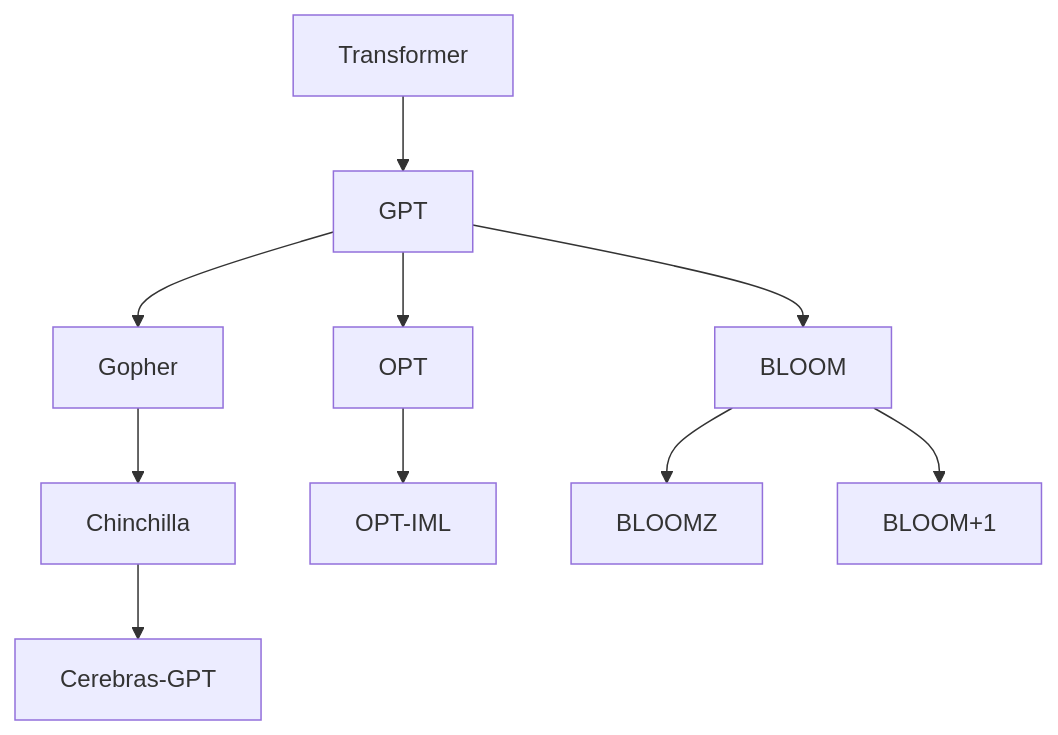
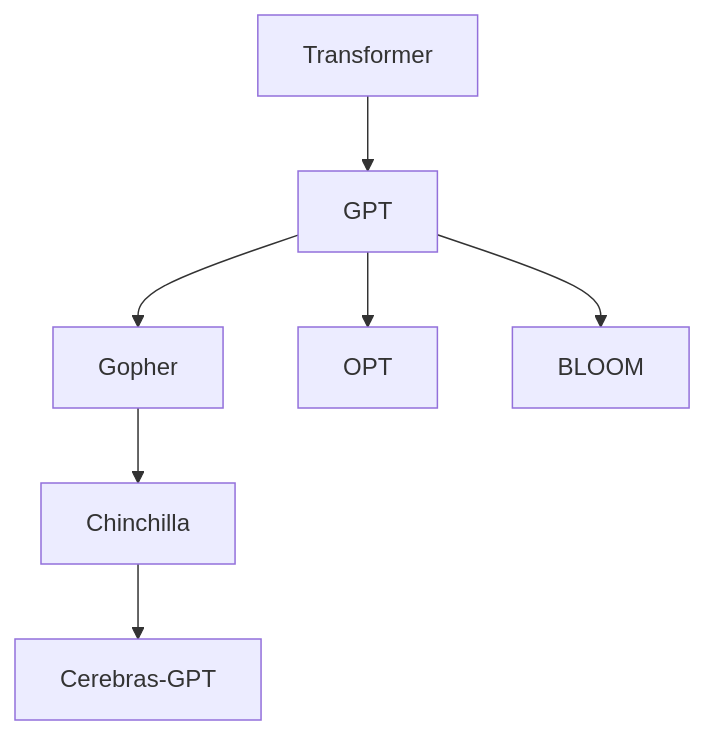
Before and after one commit to ted-sharp/chatvox: diagram 14 of 17 in doc/llm.md, drawn with Mermaid. The commit also changed other lines of this file, not shown here.

````diff
--- a/doc/llm.md
+++ b/doc/llm.md
@@ -505,9 +517,8 @@
 ```mermaid
 flowchart
 
 Transformer --> GPT --> Gopher --> Chinchilla
 Chinchilla --> Cerebras-GPT
-GPT --> OPT --> OPT-IML
-GPT --> BLOOM --> BLOOMZ
-BLOOM --> BLOOM+1
+GPT --> OPT
+GPT --> BLOOM
 ```
````
